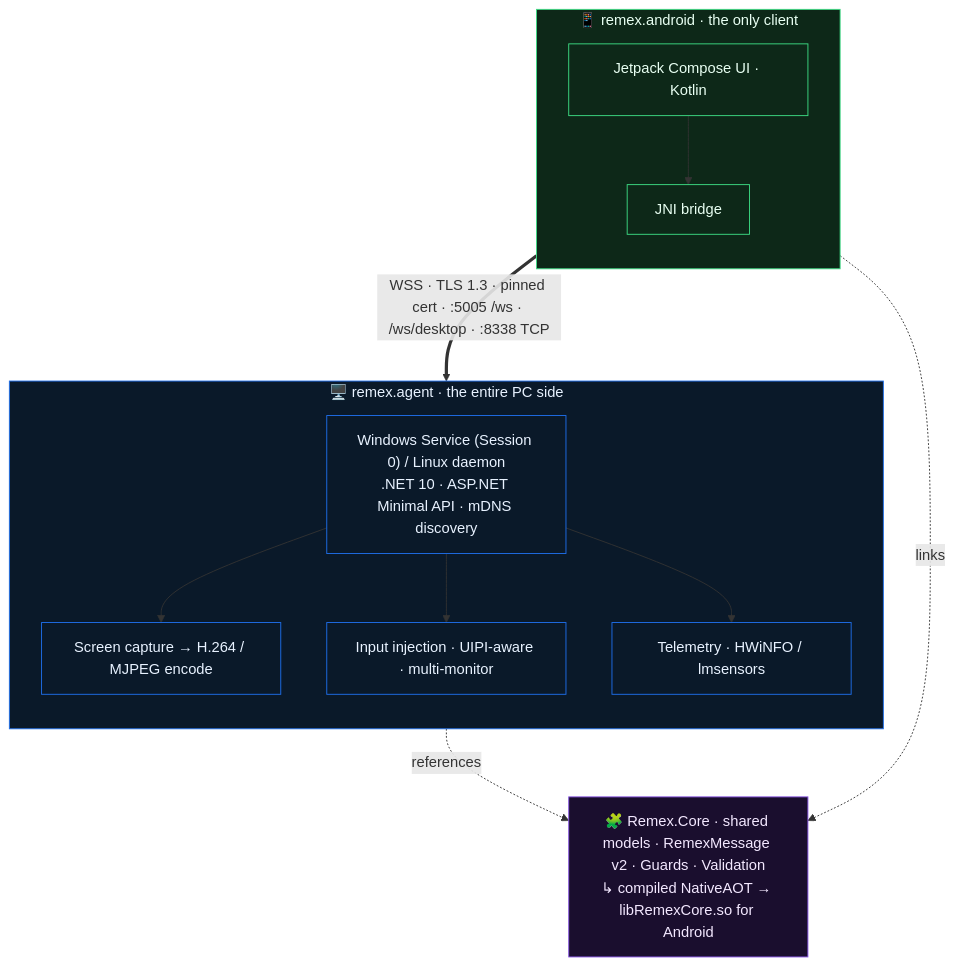
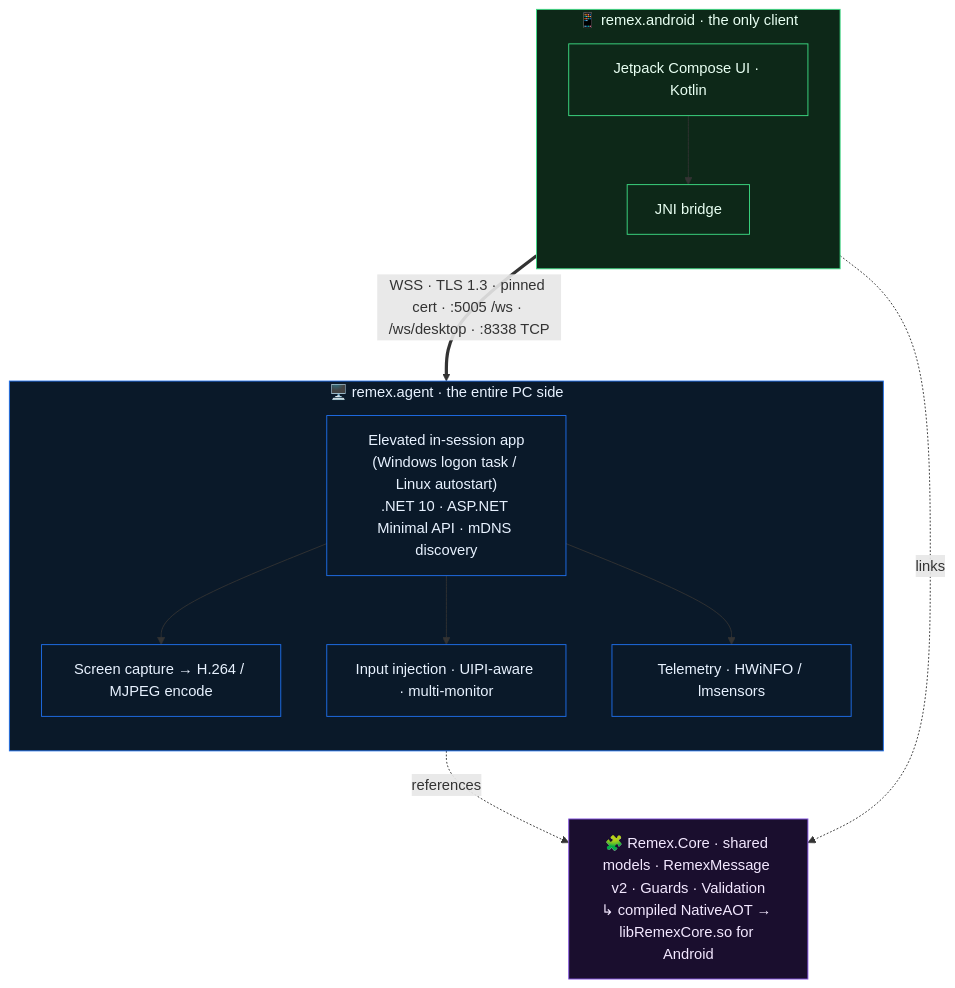
One commit to clindsay94/RemEx changed the diagram in README.md. Above: the diagram before and after it, drawn with Mermaid. The commit also changed other lines of this file and 8 other files, not shown here.

````diff
--- a/README.md
+++ b/README.md
@@ -119,31 +119,31 @@
 ```mermaid
 flowchart TB
     subgraph PHONE["📱 remex.android · the only client"]
         direction TB
         UI["Jetpack Compose UI · Kotlin"]
         JNI["JNI bridge"]
         UI --> JNI
     end
 
     subgraph PC["🖥️ remex.agent · the entire PC side"]
         direction TB
-        SVC["Windows Service (Session 0) / Linux daemon<br/>.NET 10 · ASP.NET Minimal API · mDNS discovery"]
+        SVC["Elevated in-session app<br/>(Windows logon task / Linux autostart)<br/>.NET 10 · ASP.NET Minimal API · mDNS discovery"]
         CAP["Screen capture → H.264 / MJPEG encode"]
         INP["Input injection · UIPI-aware · multi-monitor"]
         TEL["Telemetry · HWiNFO / lmsensors"]
         SVC --> CAP & INP & TEL
     end
 
     CORE["🧩 Remex.Core · shared models · RemexMessage v2 · Guards · Validation<br/>↳ compiled NativeAOT → libRemexCore.so for Android"]
 
     JNI -. links .-> CORE
     SVC -. references .-> CORE
     PHONE ==>|"WSS · TLS 1.3 · pinned cert · :5005 /ws · /ws/desktop · :8338 TCP"| PC
 
     classDef phone fill:#0d2818,stroke:#3DDC84,color:#e8fff2;
     classDef pc fill:#0a1929,stroke:#1f6feb,color:#e8f2ff;
     classDef core fill:#1a0e2e,stroke:#8957e5,color:#f3e8ff;
     class PHONE,UI,JNI phone;
     class PC,SVC,CAP,INP,TEL pc;
     class CORE core;
 ```
````
